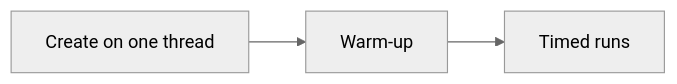
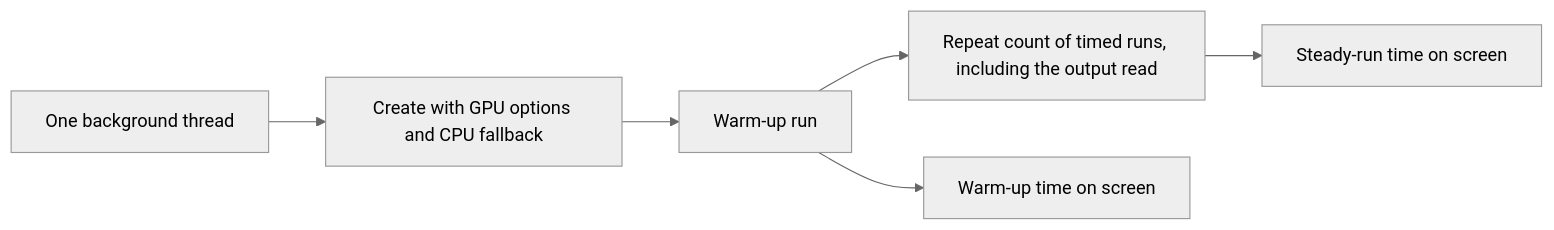
Before and after one commit to mohamedmabrouk582/Android-Ai-Lab: the diagram in lab-litert-gpu/README.md, drawn with Mermaid (neutral theme). The commit also changed other lines of this file and 41 other files, not shown here.

````diff
--- a/lab-litert-gpu/README.md
+++ b/lab-litert-gpu/README.md
@@ -13,4 +23,8 @@
 ```mermaid
 flowchart LR
-  n0["Create on one thread"] --> n1["Warm-up"] --> n2["Timed runs"]
+  thread["One background thread"] --> create["Create with GPU options and CPU fallback"]
+  create --> warm["Warm-up run"]
+  warm --> timed["Repeat count of timed runs, including the output read"]
+  warm --> shown["Warm-up time on screen"]
+  timed --> steady["Steady-run time on screen"]
 ```
````
